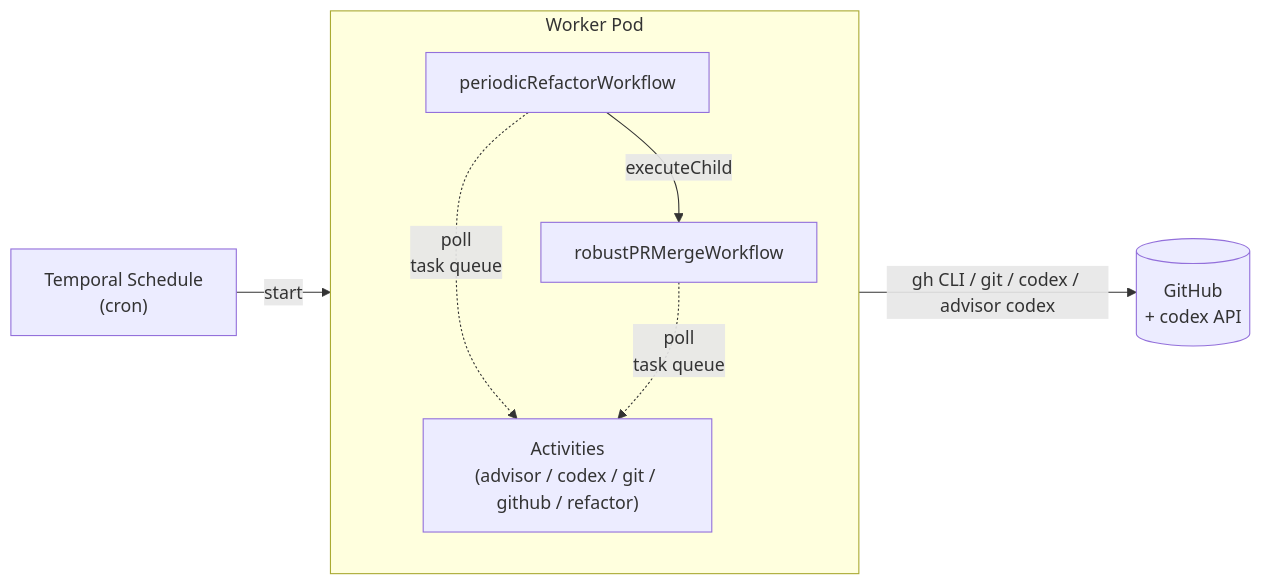
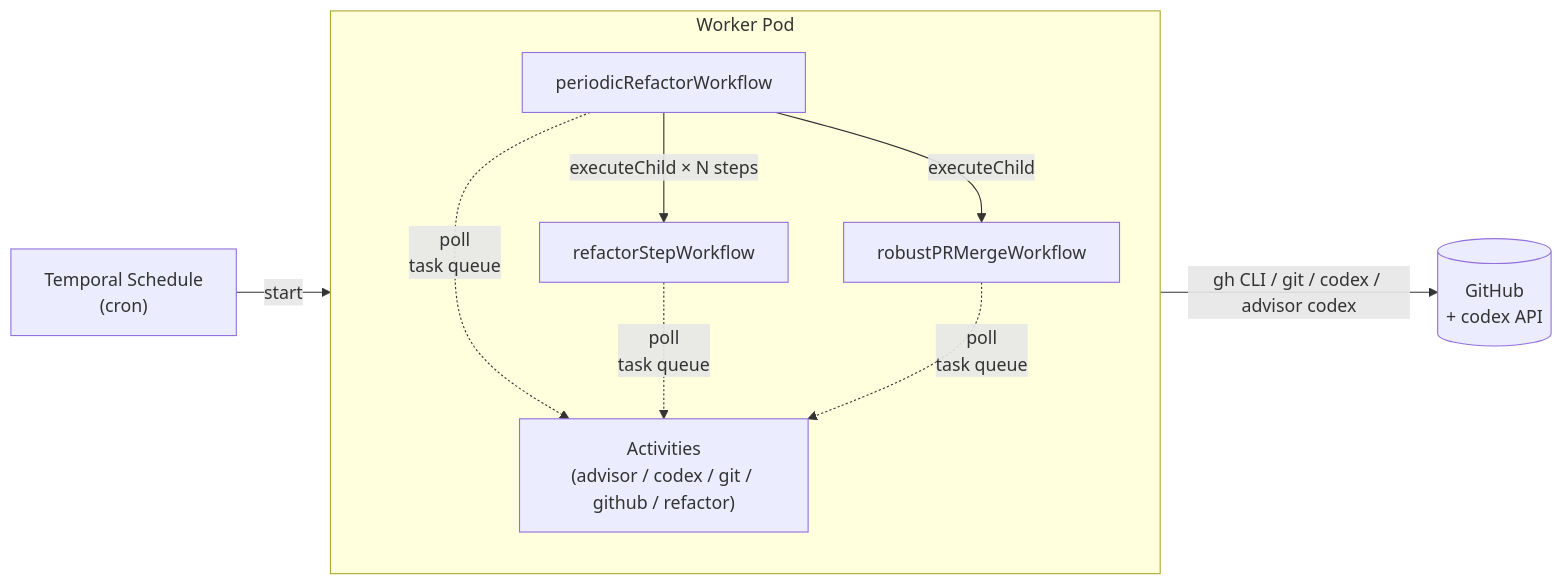
The first of 6 diagrams in docs/architecture.md (tamara1031/temporal-repo-manager), drawn with Mermaid before and after one commit. The commit also changed other lines of this file and 1 other file, not shown here.

First line of the commit message:
docs: reflect refactorStepWorkflow child in topology + reference

````diff
--- a/docs/architecture.md
+++ b/docs/architecture.md
@@ -5,17 +5,20 @@
 ```mermaid
 flowchart LR
     Schedule["Temporal Schedule<br/>(cron)"] -->|start| Periodic[periodicRefactorWorkflow]
+    Periodic -->|executeChild × N steps| Step[refactorStepWorkflow]
     Periodic -->|executeChild| Robust[robustPRMergeWorkflow]
 
     subgraph Worker["Worker Pod"]
         direction TB
         Periodic
+        Step
         Robust
         Activities["Activities<br/>(advisor / codex / git / github / refactor)"]
     end
 
     Periodic -.->|"poll<br/>task queue"| Activities
+    Step -.->|"poll<br/>task queue"| Activities
     Robust -.->|"poll<br/>task queue"| Activities
 
     Activities -->|gh CLI / git / codex / advisor codex| External[(GitHub<br/>+ codex API)]
 ```
````
